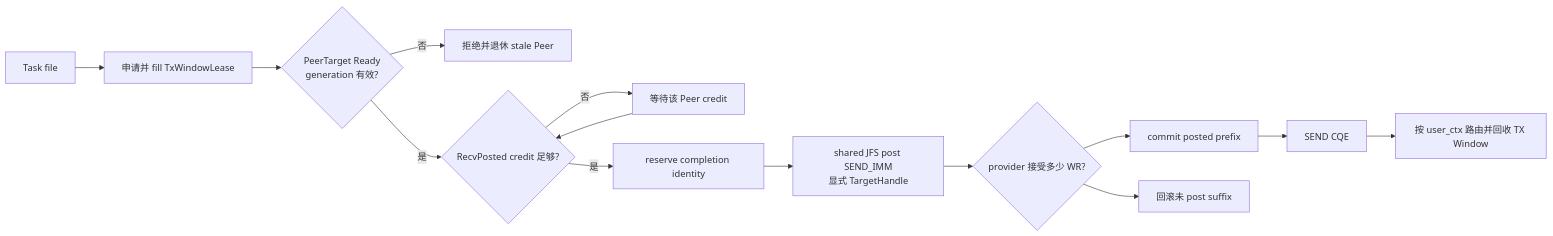
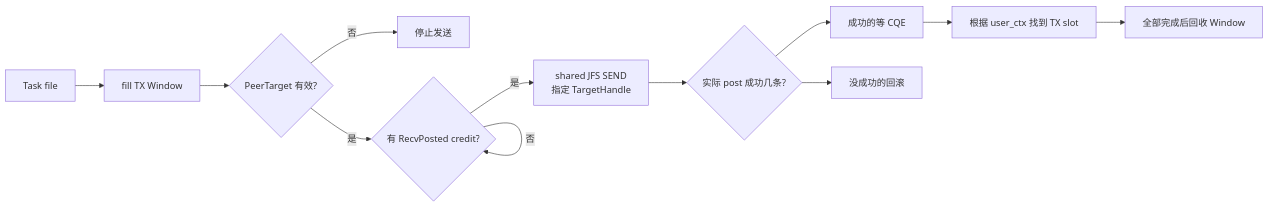
The tenth of 26 diagrams in dragonfly-urma-adaptation/urma-stage-summary/Dragonfly-URMA-RC-RM-technical-solution-discussion-2026-09-10.md (YIYUANYUAN1116/engineering-lab), drawn with Mermaid before and after one commit. The commit also changed other lines of this file, not shown here.

````diff
--- a/dragonfly-urma-adaptation/urma-stage-summary/Dragonfly-URMA-RC-RM-technical-solution-discussion-2026-09-10.md
+++ b/dragonfly-urma-adaptation/urma-stage-summary/Dragonfly-URMA-RC-RM-technical-solution-discussion-2026-09-10.md
@@ -494,16 +458,14 @@
 ```mermaid
 flowchart LR
-    A[Task file] --> B[申请并 fill TxWindowLease]
-    B --> C{PeerTarget Ready<br/>generation 有效?}
-    C -- 否 --> X[拒绝并退休 stale Peer]
-    C -- 是 --> D{RecvPosted credit 足够?}
-    D -- 否 --> E[等待该 Peer credit]
-    E --> D
-    D -- 是 --> F[reserve completion identity]
-    F --> G[shared JFS post SEND_IMM<br/>显式 TargetHandle]
-    G --> H{provider 接受多少 WR?}
-    H --> I[commit posted prefix]
-    H --> J[回滚未 post suffix]
-    I --> K[SEND CQE]
-    K --> L[按 user_ctx 路由并回收 TX Window]
+    A[Task file] --> B[fill TX Window]
+    B --> C{PeerTarget 有效?}
+    C -- 否 --> X[停止发送]
+    C -- 是 --> D{有 RecvPosted credit?}
+    D -- 否 --> D
+    D -- 是 --> E[shared JFS SEND<br/>指定 TargetHandle]
+    E --> F{实际 post 成功几条?}
+    F --> G[成功的等 CQE]
+    F --> H[没成功的回滚]
+    G --> I[根据 user_ctx 找到 TX slot]
+    I --> J[全部完成后回收 Window]
 ```
````
